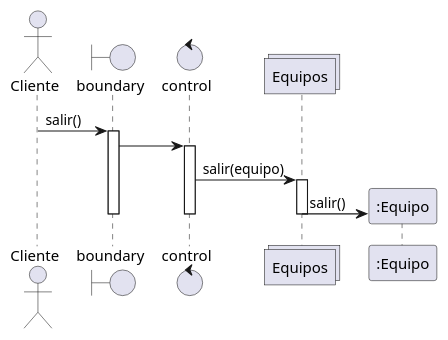
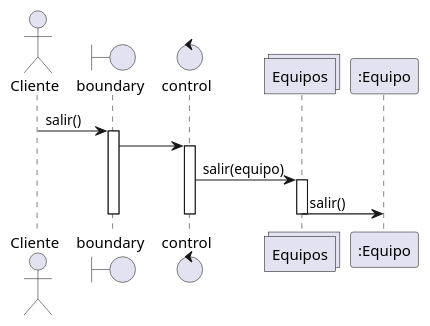
Before and after one commit to Cramer-0xbit/route66-plantuml: the diagram in casos de uso Cliente/salir del equipo.wsd, drawn with PlantUML. The commit also changed 4 other files, not shown here.

```diff
--- a/casos de uso Cliente/salir del equipo.wsd
+++ b/casos de uso Cliente/salir del equipo.wsd
@@ -1,19 +1,17 @@
-@startuml Consultar equipo
+@startuml Salir del equipo
 actor "Cliente" as Client
 boundary boundary
 control control
 collections Equipos as teams 
 participant ":Equipo" as team
 Client->boundary :salir()
 activate boundary
 boundary -> control 
 activate control
 control -> teams:salir(equipo)
 activate teams
-create team
 teams -> team:salir()
-
 deactivate teams
 deactivate control
 deactivate boundary
 @enduml
```
